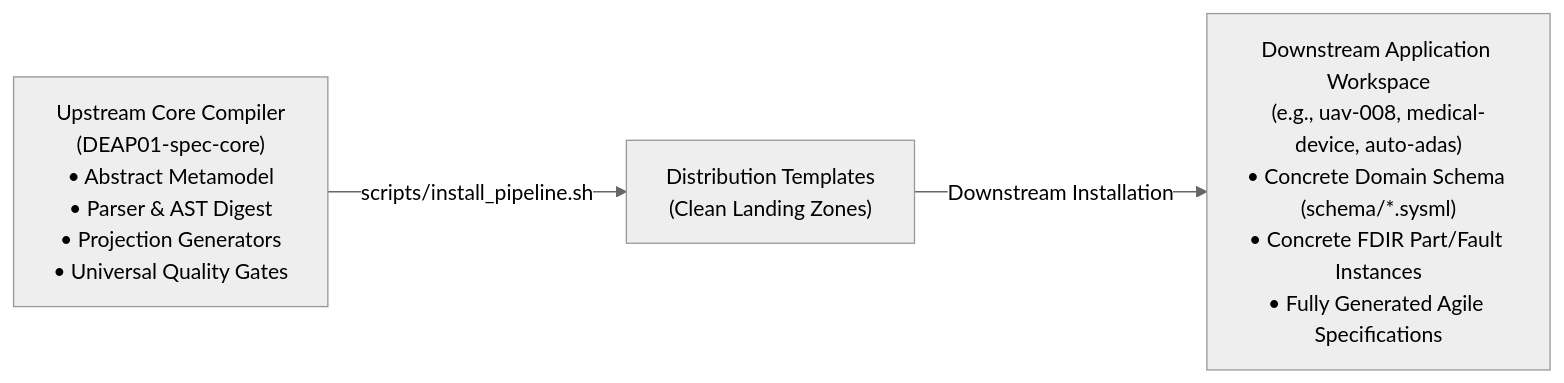
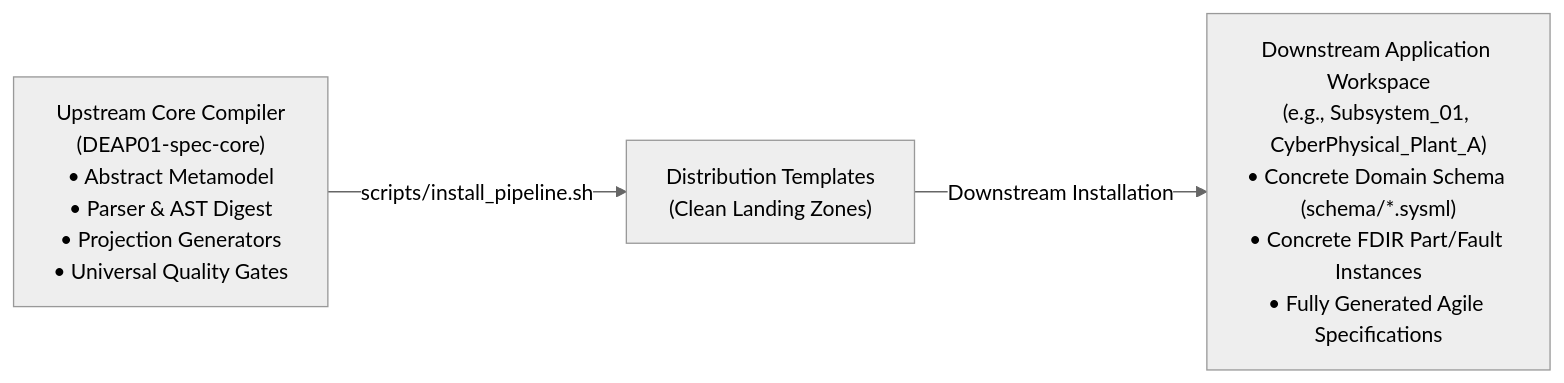
Before and after one commit to gintatkinson/DEAP01-spec-core: the third of 3 diagrams in docs/architecture/blueprints/DEAP_DOMAIN_INDEPENDENT_FDIR_BLUEPRINT.md, drawn with Mermaid (neutral theme). The commit also changed other lines of this file and 34 other files, not shown here.

Commit message:
docs(architecture): decontaminate reference blueprints and establish master execution plan (refs #405, refs #406)

````diff
--- a/docs/architecture/blueprints/DEAP_DOMAIN_INDEPENDENT_FDIR_BLUEPRINT.md
+++ b/docs/architecture/blueprints/DEAP_DOMAIN_INDEPENDENT_FDIR_BLUEPRINT.md
@@ -208,5 +229,5 @@
 ```mermaid
 flowchart LR
     UPSTREAM["Upstream Core Compiler<br/>(DEAP01-spec-core)<br/>• Abstract Metamodel<br/>• Parser & AST Digest<br/>• Projection Generators<br/>• Universal Quality Gates"] -->|"scripts/install_pipeline.sh"| TEMPLATES["Distribution Templates<br/>(Clean Landing Zones)"]
-    TEMPLATES -->|"Downstream Installation"| WORKSPACE["Downstream Application Workspace<br/>(e.g., uav-008, medical-device, auto-adas)<br/>• Concrete Domain Schema (schema/*.sysml)<br/>• Concrete FDIR Part/Fault Instances<br/>• Fully Generated Agile Specifications"]
+    TEMPLATES -->|"Downstream Installation"| WORKSPACE["Downstream Application Workspace<br/>(e.g., Subsystem_01, CyberPhysical_Plant_A)<br/>• Concrete Domain Schema (schema/*.sysml)<br/>• Concrete FDIR Part/Fault Instances<br/>• Fully Generated Agile Specifications"]
 ```
````
